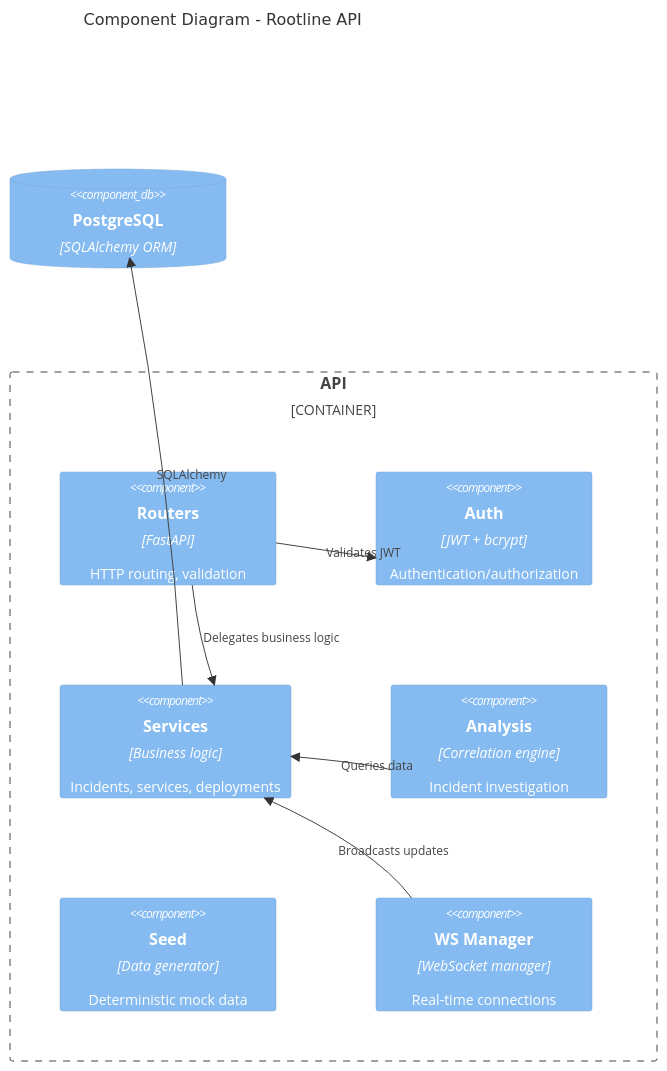
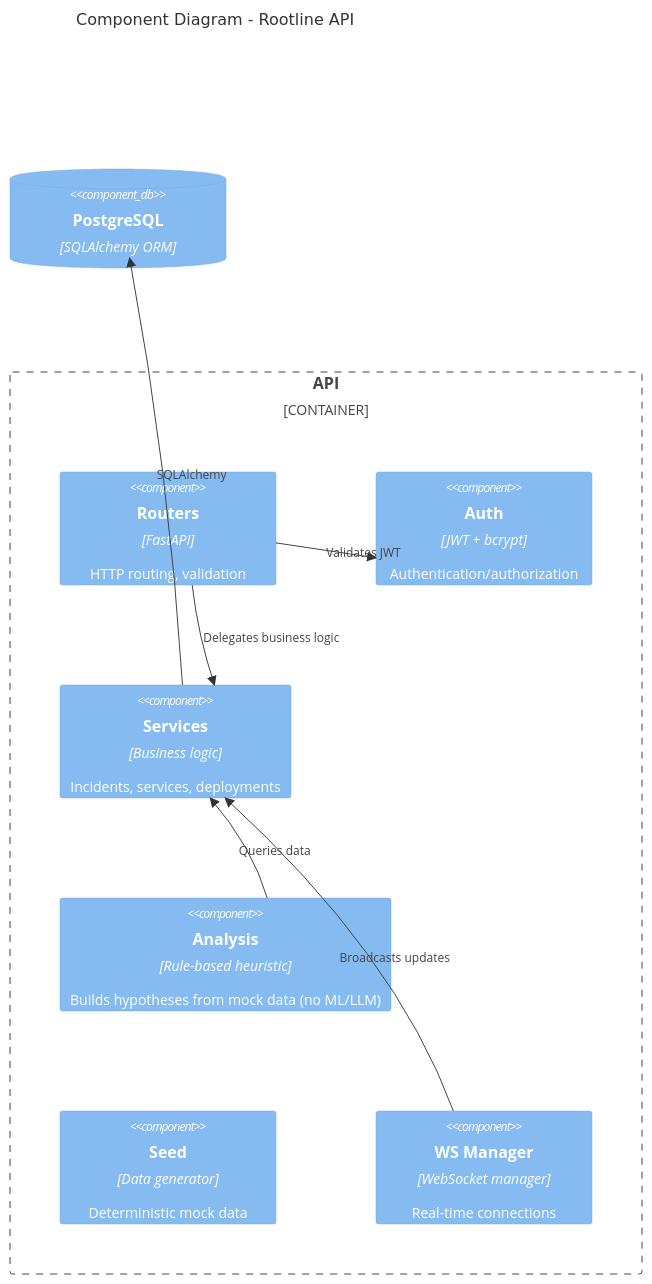
The third of 4 diagrams in docs/architecture/index.md (dev-christianmendes/rootline), drawn with Mermaid before and after one commit. The commit also changed other lines of this file and 13 other files, not shown here.

````diff
--- a/docs/architecture/index.md
+++ b/docs/architecture/index.md
@@ -57,21 +55,21 @@
 ```mermaid
 C4Component
 title Component Diagram - Rootline API
 
 Container_Boundary(api, "API") {
     Component(routers, "Routers", "FastAPI", "HTTP routing, validation")
     Component(auth, "Auth", "JWT + bcrypt", "Authentication/authorization")
     Component(services, "Services", "Business logic", "Incidents, services, deployments")
-    Component(analysis, "Analysis", "Correlation engine", "Incident investigation")
+    Component(analysis, "Analysis", "Rule-based heuristic", "Builds hypotheses from mock data (no ML/LLM)")
     Component(seed, "Seed", "Data generator", "Deterministic mock data")
     Component(ws_mgr, "WS Manager", "WebSocket manager", "Real-time connections")
 }
 
 ComponentDb(db, "PostgreSQL", "SQLAlchemy ORM")
 
 Rel(routers, auth, "Validates JWT")
 Rel(routers, services, "Delegates business logic")
 Rel(services, db, "SQLAlchemy")
 Rel(analysis, services, "Queries data")
 Rel(ws_mgr, services, "Broadcasts updates")
 ```
````
